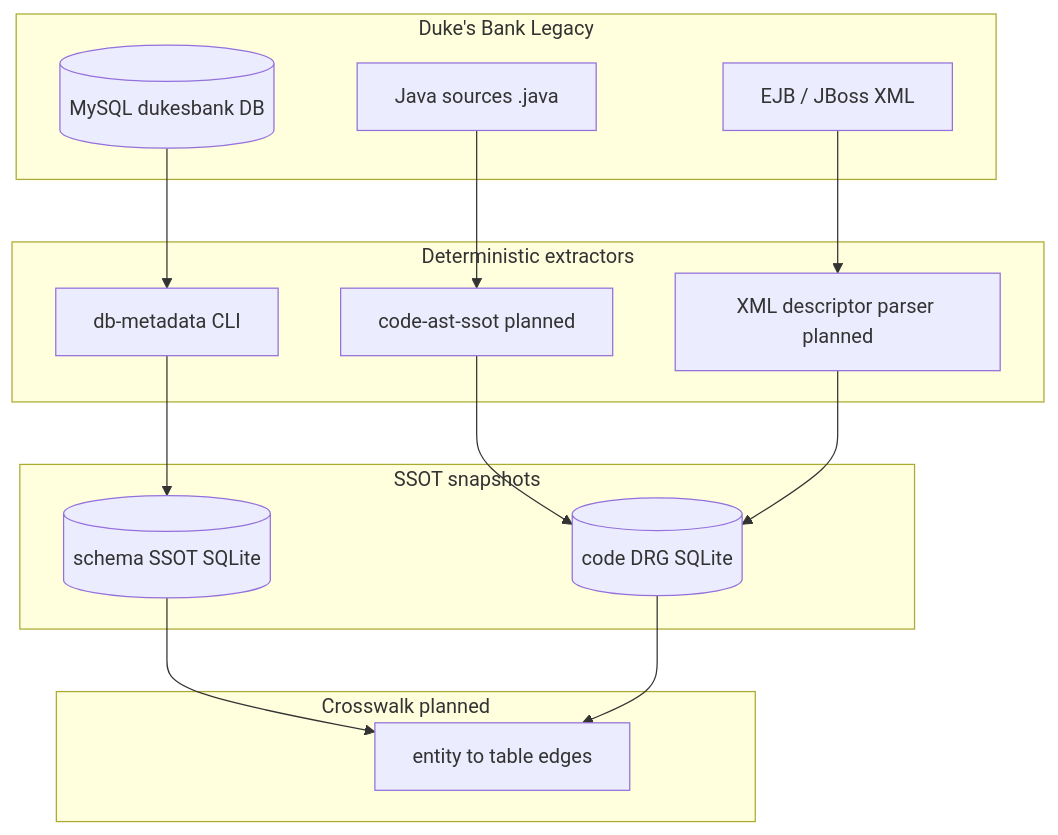
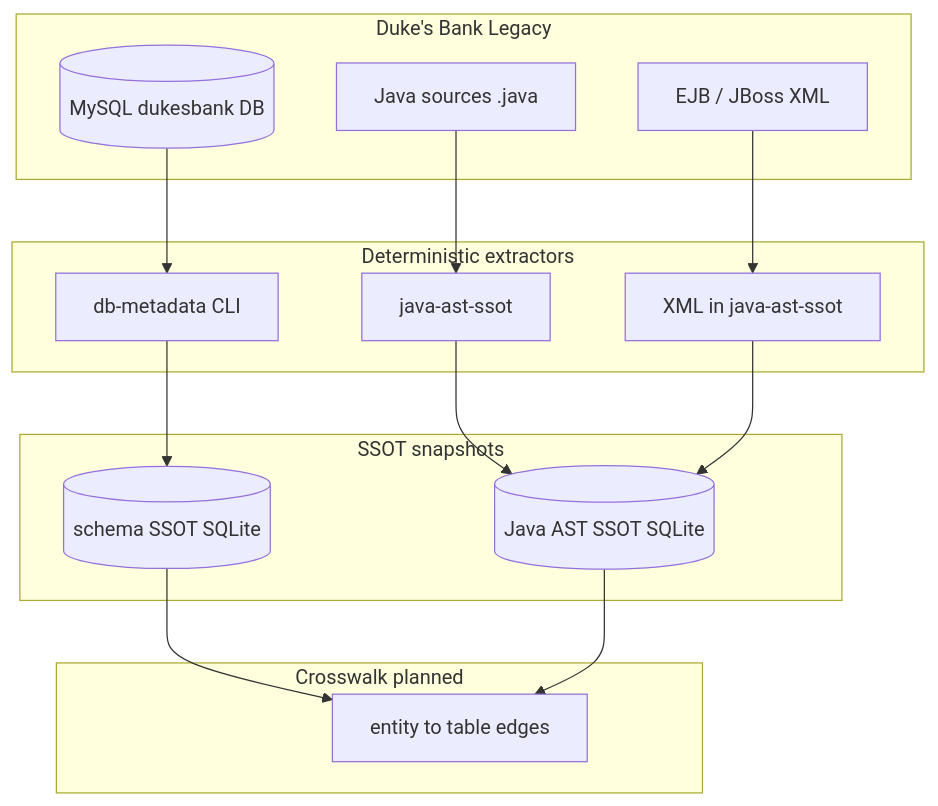
One commit to anchor-migration/migration-hub changed the diagram in docs/DUKESBANK-DEMO.md. Above: the diagram before and after it, drawn with Mermaid. The commit also changed other lines of this file and 6 other files, not shown here.

First line of the commit message:
Rename code-ast-ssot to java-ast-ssot across program docs.

````diff
--- a/docs/DUKESBANK-DEMO.md
+++ b/docs/DUKESBANK-DEMO.md
@@ -103,29 +103,29 @@
 ```mermaid
 flowchart TB
   subgraph legacy [Duke's Bank Legacy]
     MySQL[(MySQL dukesbank DB)]
     Java[Java sources .java]
     XML[EJB / JBoss XML]
   end
 
   subgraph extract [Deterministic extractors]
     DBMeta[db-metadata CLI]
-    CodeExt[code-ast-ssot planned]
-    XMLExt[XML descriptor parser planned]
+    CodeExt[java-ast-ssot]
+    XMLExt[XML in java-ast-ssot]
   end
 
   subgraph ssot [SSOT snapshots]
     SchemaDB[(schema SSOT SQLite)]
-    CodeDB[(code DRG SQLite)]
+    JavaDB[(Java AST SSOT SQLite)]
   end
 
   subgraph link [Crosswalk planned]
     XWalk[entity to table edges]
   end
 
   MySQL --> DBMeta --> SchemaDB
-  Java --> CodeExt --> CodeDB
-  XML --> XMLExt --> CodeDB
+  Java --> CodeExt --> JavaDB
+  XML --> XMLExt --> JavaDB
   SchemaDB --> XWalk
-  CodeDB --> XWalk
+  JavaDB --> XWalk
 ```
````
